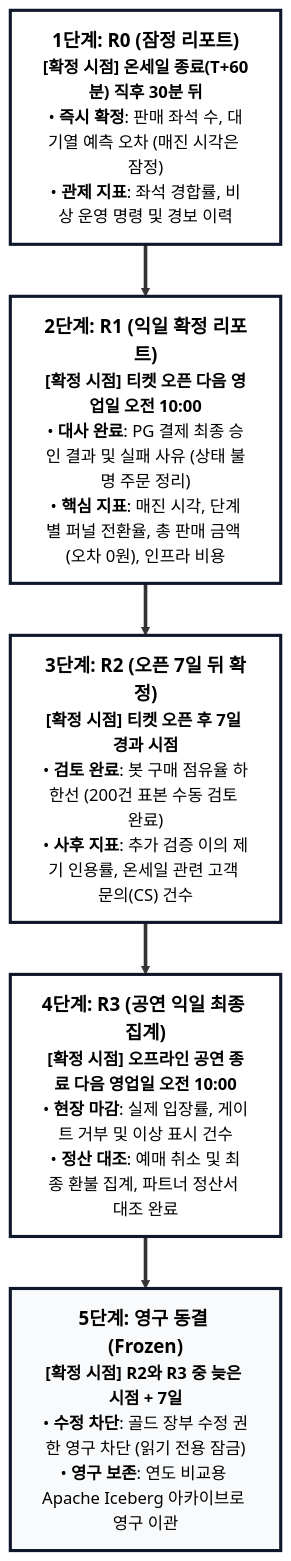
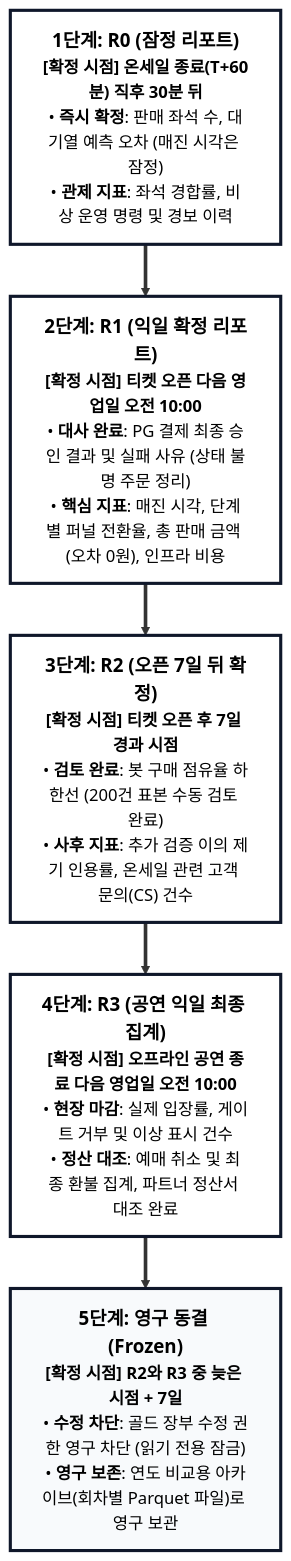
Before and after one commit to peaket/peaket: the first of 5 diagrams in guide/15-analytics-and-decisions.md, drawn with Mermaid. The commit also changed other lines of this file and 228 other files, not shown here.

````diff
--- a/guide/15-analytics-and-decisions.md
+++ b/guide/15-analytics-and-decisions.md
@@ -79,19 +79,19 @@
 ```mermaid
 flowchart TD
     R0["<font size='4' color='#000000'><b>1단계: R0 (잠정 리포트)</b></font><br/><font size='3' color='#000000'><b>[확정 시점] 온세일 종료(T+60분) 직후 30분 뒤</b><br/>• <b>즉시 확정</b>: 판매 좌석 수, 대기열 예측 오차 (매진 시각은 잠정)<br/>• <b>관제 지표</b>: 좌석 경합률, 비상 운영 명령 및 경보 이력</font>"]
     
     R1["<font size='4' color='#000000'><b>2단계: R1 (익일 확정 리포트)</b></font><br/><font size='3' color='#000000'><b>[확정 시점] 티켓 오픈 다음 영업일 오전 10:00</b><br/>• <b>대사 완료</b>: PG 결제 최종 승인 결과 및 실패 사유 (상태 불명 주문 정리)<br/>• <b>핵심 지표</b>: 매진 시각, 단계별 퍼널 전환율, 총 판매 금액 (오차 0원), 인프라 비용</font>"]
     
     R2["<font size='4' color='#000000'><b>3단계: R2 (오픈 7일 뒤 확정)</b></font><br/><font size='3' color='#000000'><b>[확정 시점] 티켓 오픈 후 7일 경과 시점</b><br/>• <b>검토 완료</b>: 봇 구매 점유율 하한선 (200건 표본 수동 검토 완료)<br/>• <b>사후 지표</b>: 추가 검증 이의 제기 인용률, 온세일 관련 고객 문의(CS) 건수</font>"]
     
     R3["<font size='4' color='#000000'><b>4단계: R3 (공연 익일 최종 집계)</b></font><br/><font size='3' color='#000000'><b>[확정 시점] 오프라인 공연 종료 다음 영업일 오전 10:00</b><br/>• <b>현장 마감</b>: 실제 입장률, 게이트 거부 및 이상 표시 건수<br/>• <b>정산 대조</b>: 예매 취소 및 최종 환불 집계, 파트너 정산서 대조 완료</font>"]
     
-    Freeze["<font size='4' color='#000000'><b>5단계: 영구 동결 (Frozen)</b></font><br/><font size='3' color='#000000'><b>[확정 시점] R2와 R3 중 늦은 시점 + 7일</b><br/>• <b>수정 차단</b>: 골드 장부 수정 권한 영구 차단 (읽기 전용 잠금)<br/>• <b>영구 보존</b>: 연도 비교용 Apache Iceberg 아카이브로 영구 이관</font>"]
+    Freeze["<font size='4' color='#000000'><b>5단계: 영구 동결 (Frozen)</b></font><br/><font size='3' color='#000000'><b>[확정 시점] R2와 R3 중 늦은 시점 + 7일</b><br/>• <b>수정 차단</b>: 골드 장부 수정 권한 영구 차단 (읽기 전용 잠금)<br/>• <b>영구 보존</b>: 연도 비교용 아카이브(회차별 Parquet 파일)로 영구 보관</font>"]
 
     R0 ==> R1 ==> R2 ==> R3 ==> Freeze
 
     classDef stage fill:#ffffff,stroke:#0f172a,stroke-width:3px,color:#000000;
     classDef freeze fill:#f8fafc,stroke:#0f172a,stroke-width:3px,color:#000000;
     class R0,R1,R2,R3 stage;
     class Freeze freeze;
 ```
````
